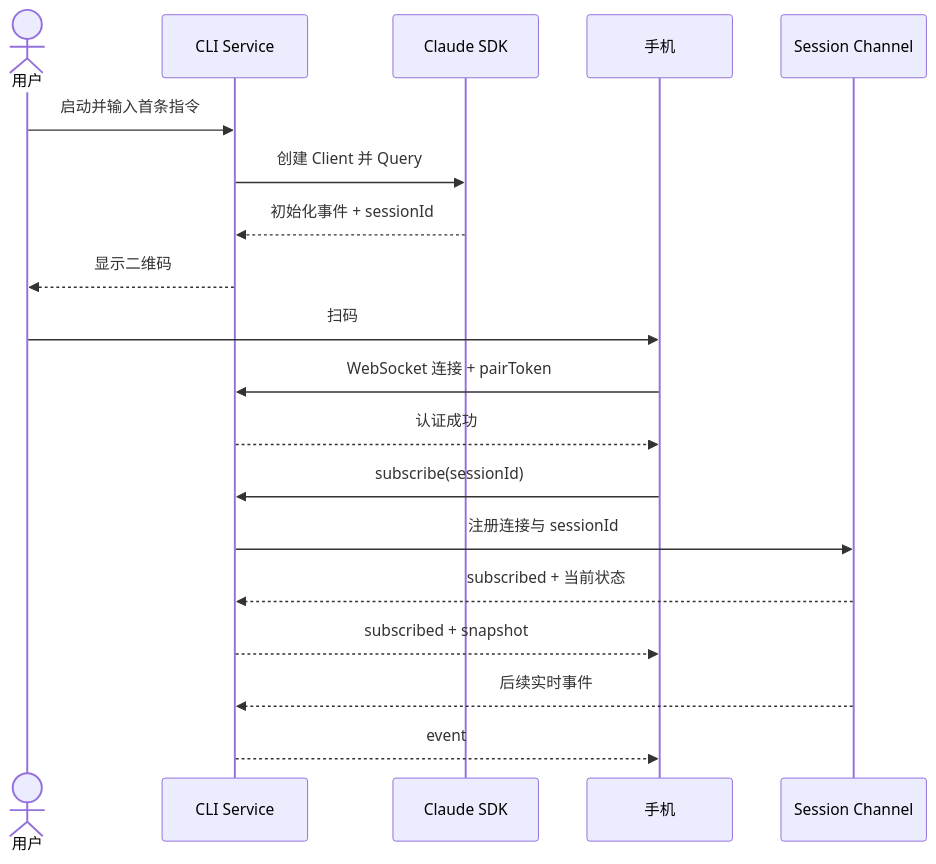
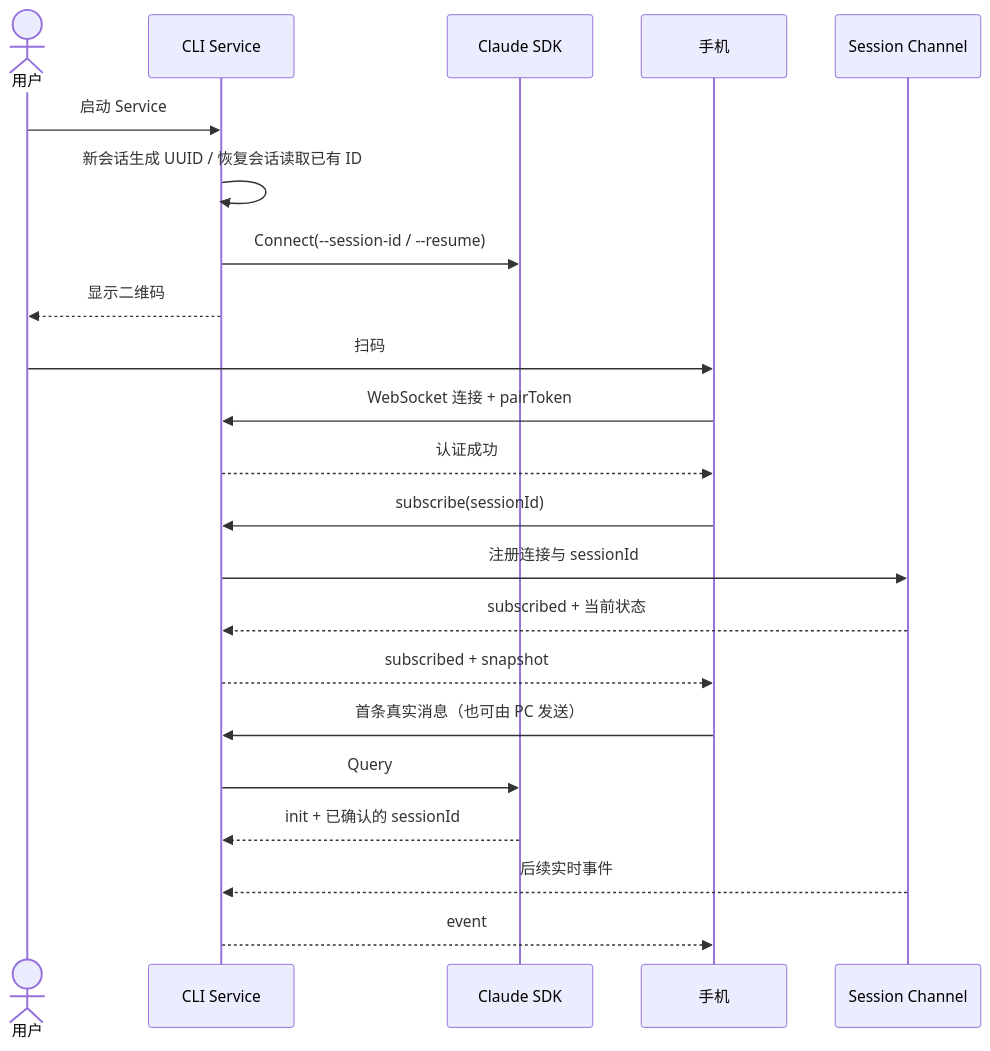
The second of 3 diagrams in docs/specs/2026-08-21-claude-mobile-remote-design.md (tea4go/claude-mobile-remote), drawn with Mermaid before and after one commit. The commit also changed other lines of this file and 24 other files, not shown here.

````diff
--- a/docs/specs/2026-08-21-claude-mobile-remote-design.md
+++ b/docs/specs/2026-08-21-claude-mobile-remote-design.md
@@ -67,22 +67,25 @@
 ```mermaid
 sequenceDiagram
     actor U as 用户
     participant S as CLI Service
     participant SDK as Claude SDK
     participant M as 手机
     participant CH as Session Channel
 
-    U->>S: 启动并输入首条指令
-    S->>SDK: 创建 Client 并 Query
-    SDK-->>S: 初始化事件 + sessionId
+    U->>S: 启动 Service
+    S->>S: 新会话生成 UUID / 恢复会话读取已有 ID
+    S->>SDK: Connect(--session-id / --resume)
     S-->>U: 显示二维码
     U->>M: 扫码
     M->>S: WebSocket 连接 + pairToken
     S-->>M: 认证成功
     M->>S: subscribe(sessionId)
     S->>CH: 注册连接与 sessionId
     CH-->>S: subscribed + 当前状态
     S-->>M: subscribed + snapshot
+    M->>S: 首条真实消息（也可由 PC 发送）
+    S->>SDK: Query
+    SDK-->>S: init + 已确认的 sessionId
     CH-->>S: 后续实时事件
     S-->>M: event
 ```
````
